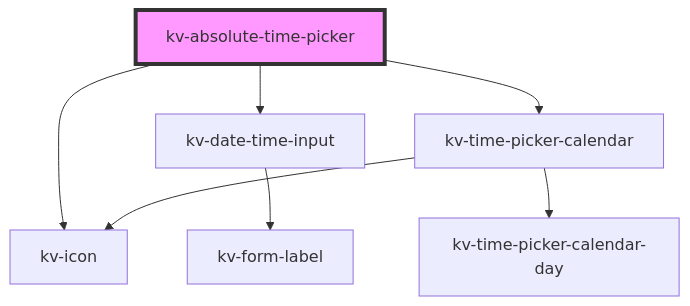
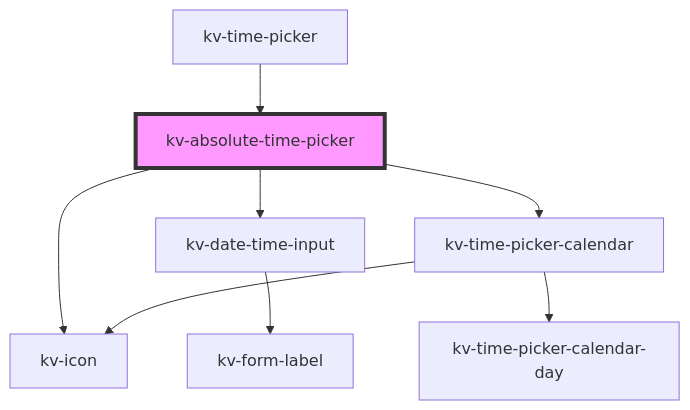
One commit to kelvininc/ui-components changed the diagram in packages/ui-components/src/components/absolute-time-picker/readme.md. Above: the diagram before and after it, drawn with Mermaid. The commit also changed other lines of this file and 46 other files, not shown here.

Commit message:
feat(time-range): add new time range picker component

````diff
--- a/packages/ui-components/src/components/absolute-time-picker/readme.md
+++ b/packages/ui-components/src/components/absolute-time-picker/readme.md
@@ -92,10 +96,11 @@
 ```mermaid
 graph TD;
   kv-absolute-time-picker --> kv-icon
   kv-absolute-time-picker --> kv-date-time-input
   kv-absolute-time-picker --> kv-time-picker-calendar
   kv-date-time-input --> kv-form-label
   kv-time-picker-calendar --> kv-icon
   kv-time-picker-calendar --> kv-time-picker-calendar-day
+  kv-time-picker --> kv-absolute-time-picker
   style kv-absolute-time-picker fill:#f9f,stroke:#333,stroke-width:4px
 ```
````
